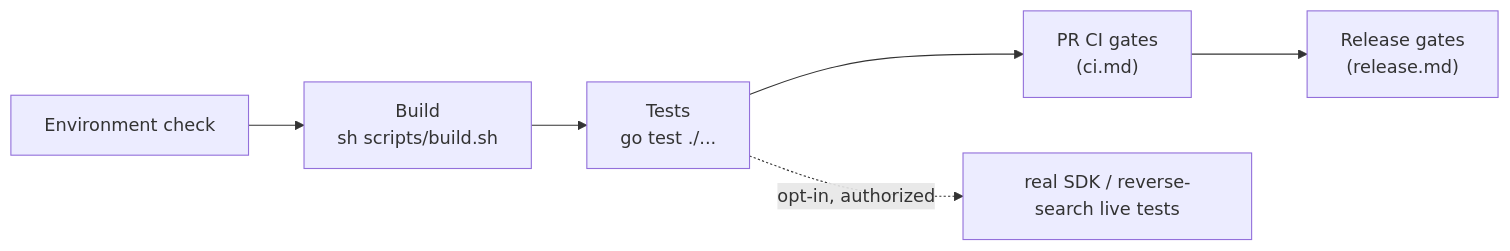
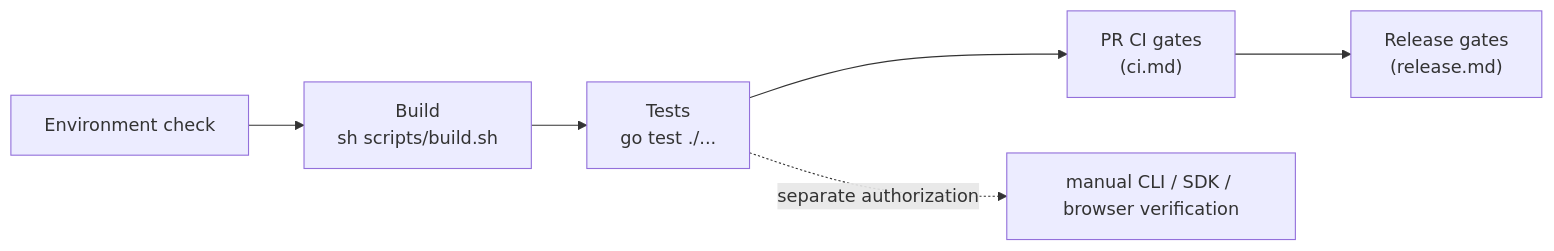
One commit to FlanChanXwO/pixiv-cli changed the first of 2 diagrams in docs/en/maintainers/development.md. Above: the diagram before and after it, drawn with Mermaid. The commit also changed other lines of this file and 247 other files, not shown here.

````diff
--- a/docs/en/maintainers/development.md
+++ b/docs/en/maintainers/development.md
@@ -5,5 +5,5 @@
 ```mermaid
 flowchart LR
     E["Environment check"] --> B["Build<br/>sh scripts/build.sh"] --> T["Tests<br/>go test ./..."] --> PR["PR CI gates<br/>(ci.md)"] --> REL["Release gates<br/>(release.md)"]
-    T -. "opt-in, authorized" .-> E2E["real SDK / reverse-search live tests"]
+    T -. "separate authorization" .-> LIVE["manual CLI / SDK / browser verification"]
 ```
````
